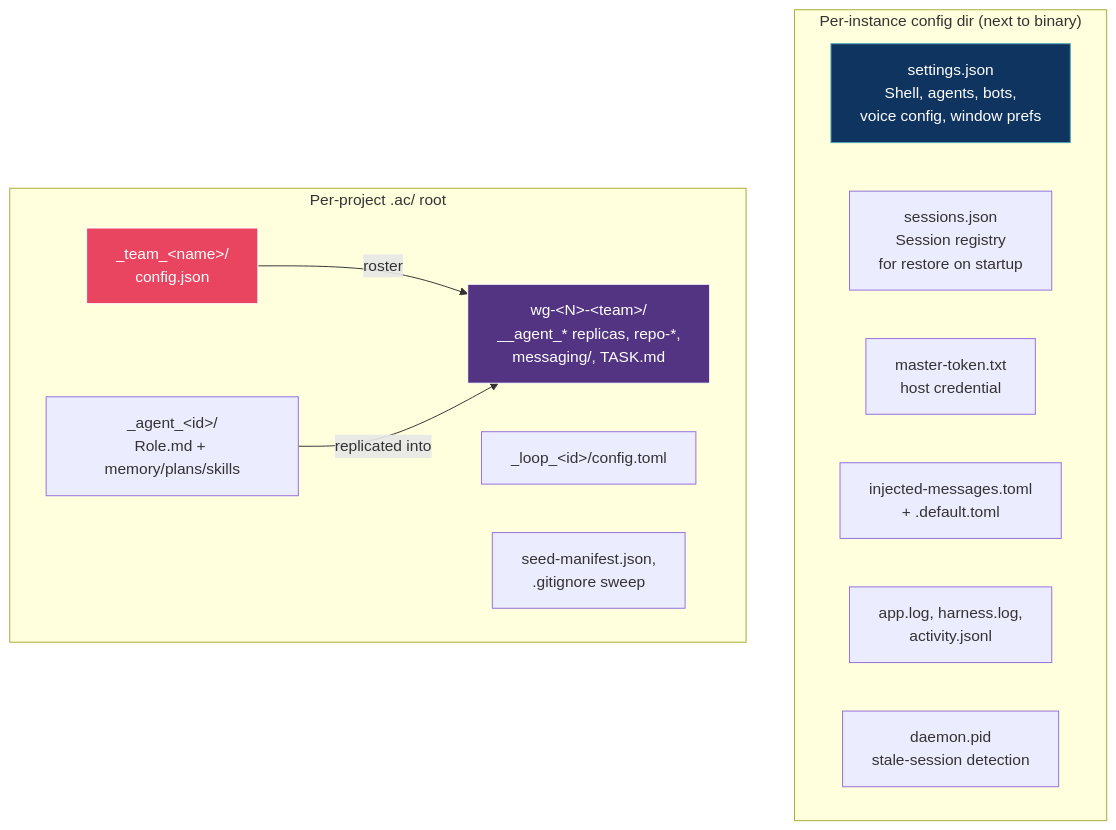
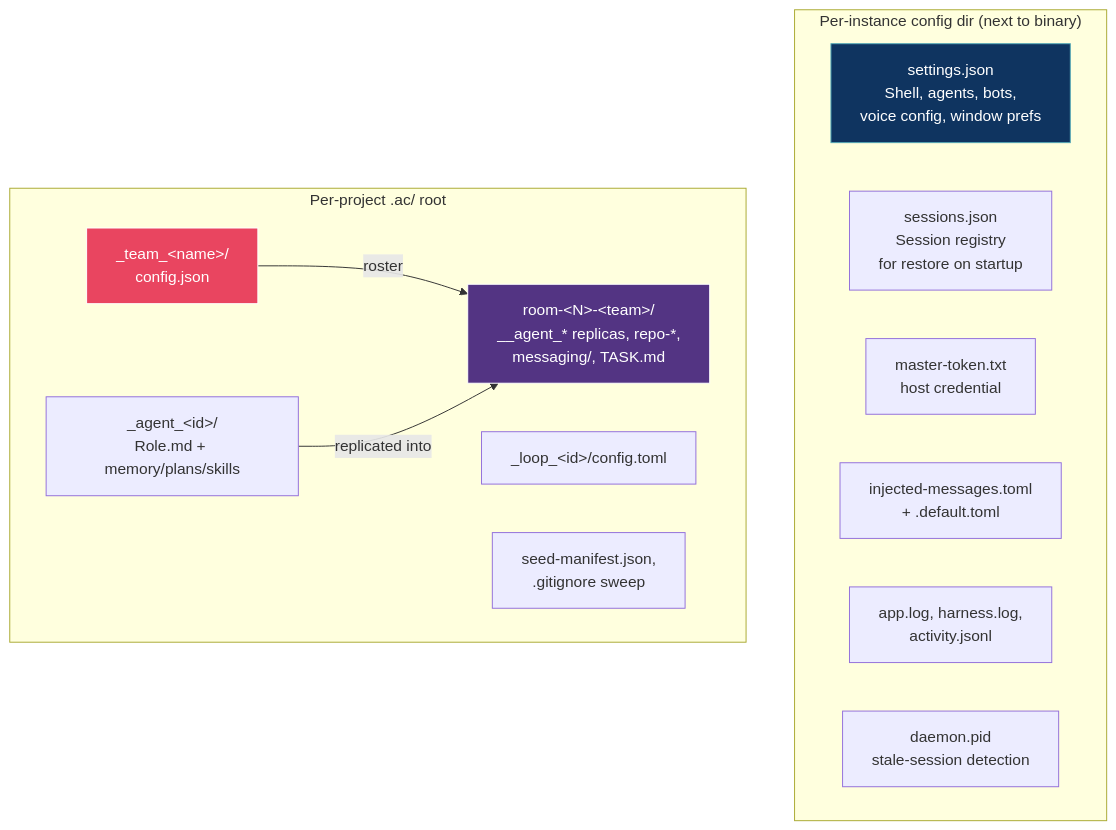
One commit to mblua/AgentsCommander changed diagram 13 of 14 in docs/reference/architecture.md. Above: the diagram before and after it, drawn with Mermaid. The commit also changed other lines of this file and 72 other files, not shown here.

````diff
--- a/docs/reference/architecture.md
+++ b/docs/reference/architecture.md
@@ -643,26 +643,26 @@
 ```mermaid
 graph TD
     subgraph "Per-instance config dir (next to binary)"
         SETTINGS["settings.json<br/>Shell, agents, bots,<br/>voice config, window prefs"]
         SESSIONS["sessions.json<br/>Session registry<br/>for restore on startup"]
         MASTER["master-token.txt<br/>host credential"]
         INJECTED["injected-messages.toml<br/>+ .default.toml"]
         LOG["app.log, harness.log,<br/>activity.jsonl"]
         DAEMON["daemon.pid<br/>stale-session detection"]
     end
 
     subgraph "Per-project .ac/ root"
         AGENTS["_agent_&lt;id&gt;/<br/>Role.md + memory/plans/skills"]
         TEAMS["_team_&lt;name&gt;/<br/>config.json"]
-        WGS["wg-&lt;N&gt;-&lt;team&gt;/<br/>__agent_* replicas, repo-*,<br/>messaging/, TASK.md"]
+        WGS["room-&lt;N&gt;-&lt;team&gt;/<br/>__agent_* replicas, repo-*,<br/>messaging/, TASK.md"]
         LOOPS["_loop_&lt;id&gt;/config.toml"]
         SEED["seed-manifest.json,<br/>.gitignore sweep"]
     end
 
     TEAMS -->|"roster"| WGS
     AGENTS -->|"replicated into"| WGS
 
     style SETTINGS fill:#0f3460,stroke:#53a8b6,color:#fff
     style TEAMS fill:#e94560,stroke:#fff,color:#fff
     style WGS fill:#533483,stroke:#fff,color:#fff
 ```
````
